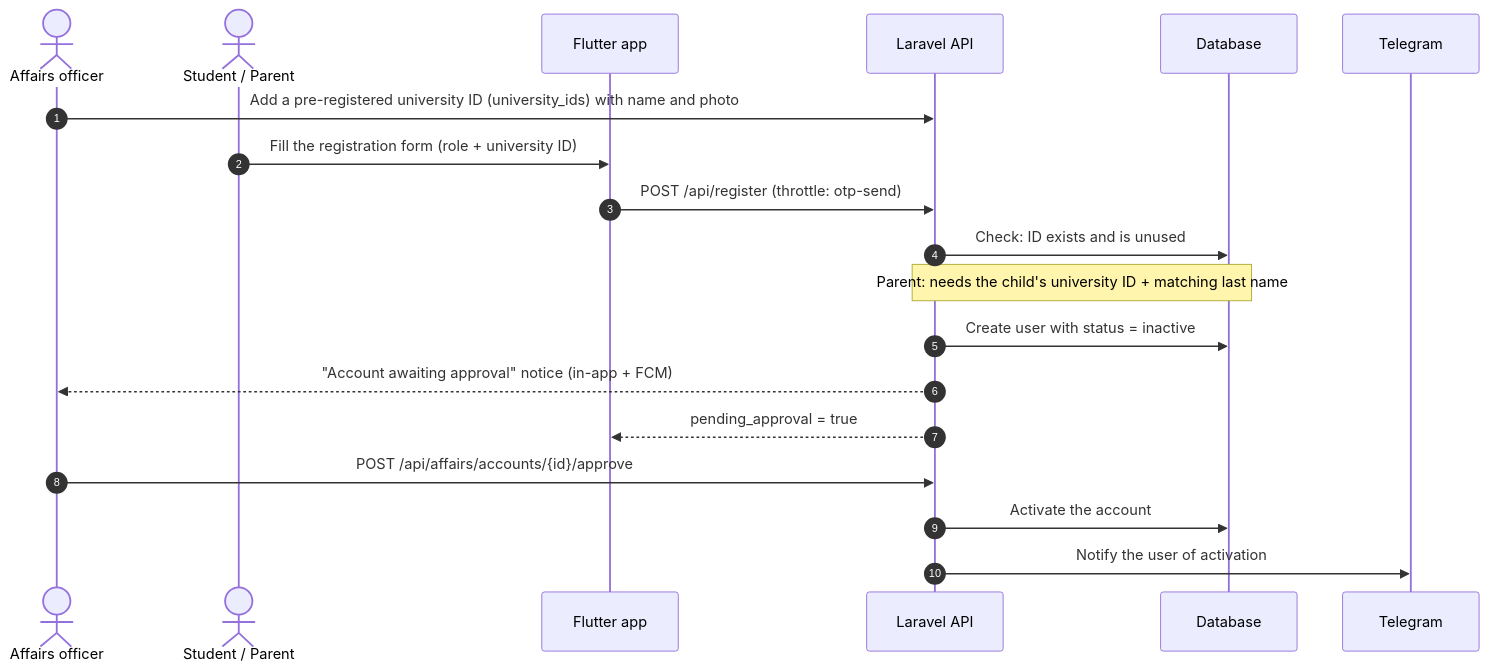
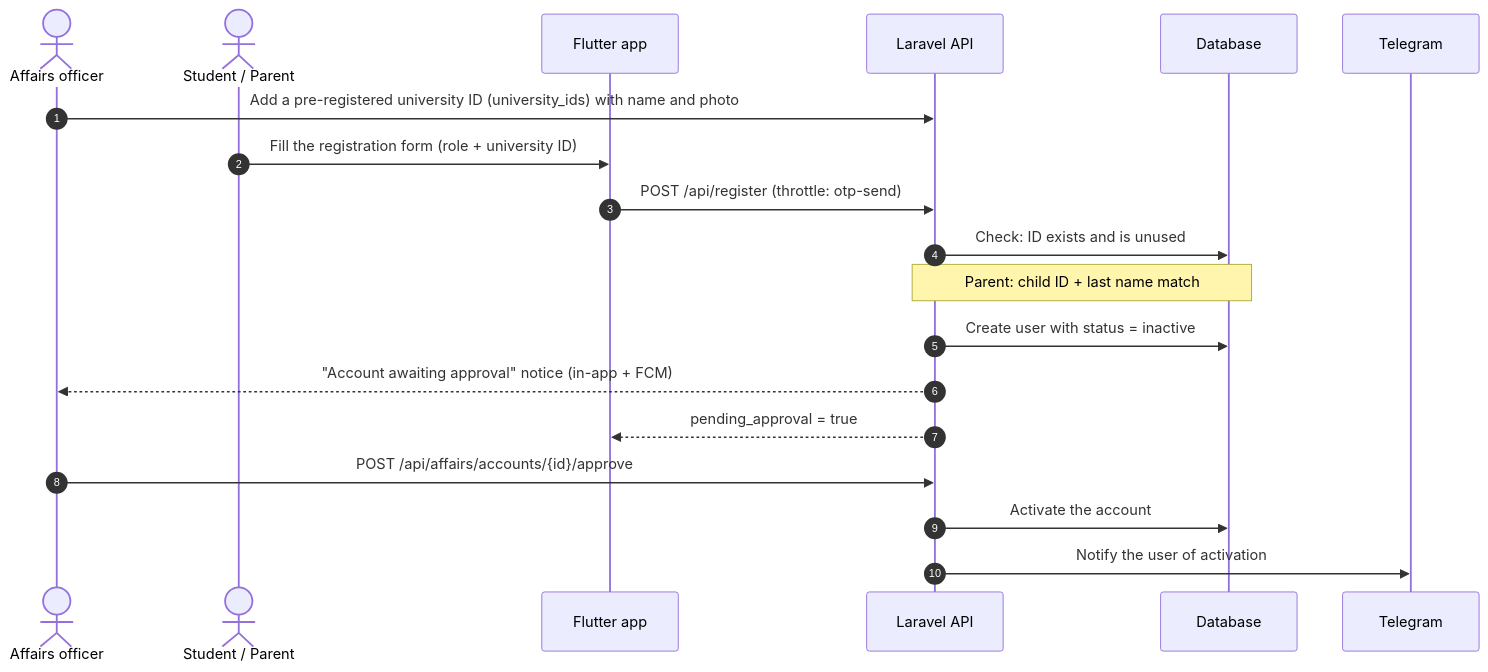
One commit to majdoulee2006/edu_bridge_backend changed the first of 6 diagrams in docs/en/05-key-flows.md. Above: the diagram before and after it, drawn with Mermaid. The commit also changed 12 other files, not shown here.

````diff
--- a/docs/en/05-key-flows.md
+++ b/docs/en/05-key-flows.md
@@ -9,22 +9,22 @@
 ```mermaid
 sequenceDiagram
     autonumber
     actor Aff as Affairs officer
     actor U as Student / Parent
     participant App as Flutter app
     participant API as Laravel API
     participant DB as Database
     participant TG as Telegram
 
     Aff->>API: Add a pre-registered university ID (university_ids) with name and photo
     U->>App: Fill the registration form (role + university ID)
     App->>API: POST /api/register (throttle: otp-send)
     API->>DB: Check: ID exists and is unused
-    Note over API,DB: Parent: needs the child's university ID + matching last name
+    Note over API,DB: Parent: child ID + last name match
     API->>DB: Create user with status = inactive
     API-->>Aff: "Account awaiting approval" notice (in-app + FCM)
     API-->>App: pending_approval = true
     Aff->>API: POST /api/affairs/accounts/{id}/approve
     API->>DB: Activate the account
     API->>TG: Notify the user of activation
 ```
````
